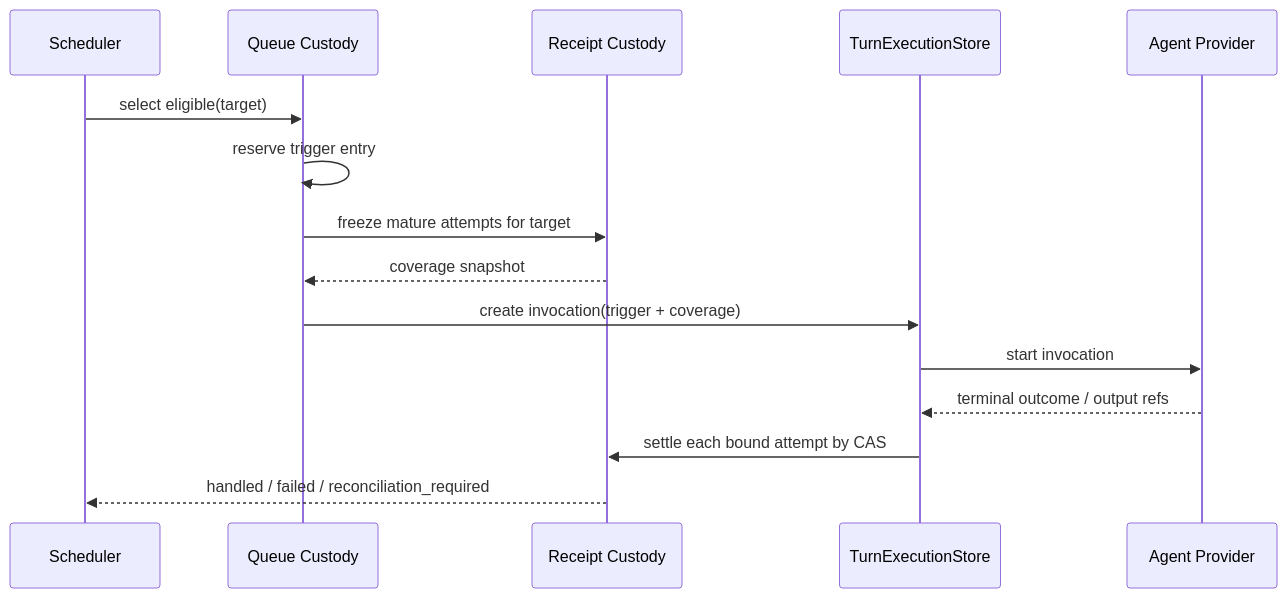
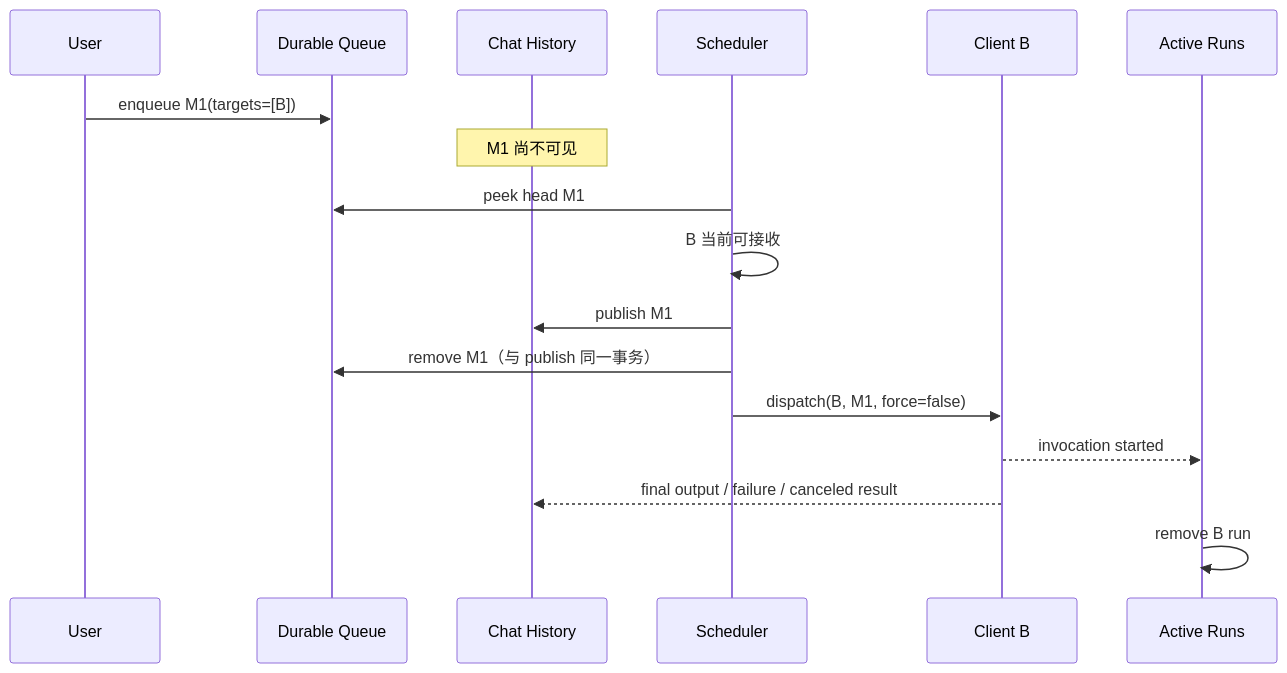
One commit to zts212653/clowder-ai changed the second of 4 diagrams in docs/architecture/message-delivery-handling-handoff-audit.md. Above: the diagram before and after it, drawn with Mermaid. The commit also changed other lines of this file, not shown here.

First line of the commit message:
docs: simplify A2A lifecycle architecture

````diff
--- a/docs/architecture/message-delivery-handling-handoff-audit.md
+++ b/docs/architecture/message-delivery-handling-handoff-audit.md
@@ -351,18 +305,20 @@
 ```mermaid
 sequenceDiagram
+    participant U as User
+    participant Q as Durable Queue
+    participant H as Chat History
     participant S as Scheduler
-    participant Q as Queue Custody
-    participant RC as Receipt Custody
-    participant TE as TurnExecutionStore
-    participant P as Agent Provider
+    participant C as Client B
+    participant A as Active Runs
 
-    S->>Q: select eligible(target)
-    Q->>Q: reserve trigger entry
-    Q->>RC: freeze mature attempts for target
-    RC-->>Q: coverage snapshot
-    Q->>TE: create invocation(trigger + coverage)
-    TE->>P: start invocation
-    P-->>TE: terminal outcome / output refs
-    TE->>RC: settle each bound attempt by CAS
-    RC-->>S: handled / failed / reconciliation_required
+    U->>Q: enqueue M1(targets=[B])
+    Note over H: M1 尚不可见
+    S->>Q: peek head M1
+    S->>S: B 当前可接收
+    S->>H: publish M1
+    S->>Q: remove M1（与 publish 同一事务）
+    S->>C: dispatch(B, M1, force=false)
+    C-->>A: invocation started
+    C-->>H: final output / failure / canceled result
+    A->>A: remove B run
 ```
````
